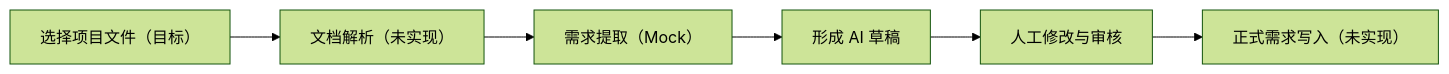
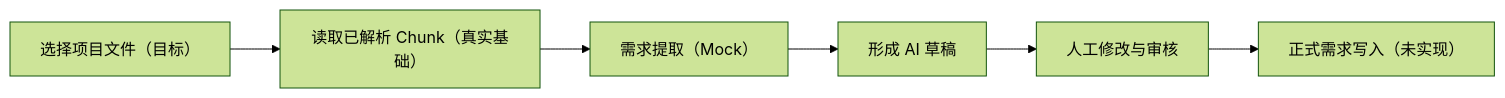
The fourth of 4 diagrams in docs/USER_FLOWS.md (27ruien/ProjectAI), drawn with Mermaid (forest theme) before and after one commit. The commit also changed other lines of this file and 87 other files, not shown here.

````diff
--- a/docs/USER_FLOWS.md
+++ b/docs/USER_FLOWS.md
@@ -69,8 +75,8 @@
 ```mermaid
 flowchart LR
-  A["选择项目文件（目标）"] --> B["文档解析（未实现）"]
+  A["选择项目文件（目标）"] --> B["读取已解析 Chunk（真实基础）"]
   B --> C["需求提取（Mock）"]
   C --> D["形成 AI 草稿"]
   D --> E["人工修改与审核"]
   E --> F["正式需求写入（未实现）"]
 ```
````
